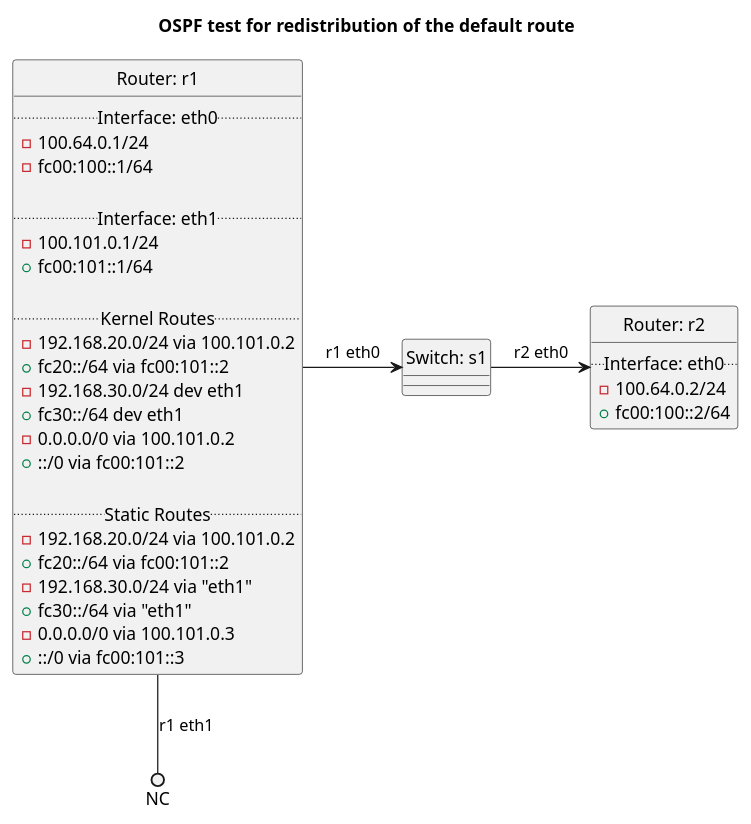
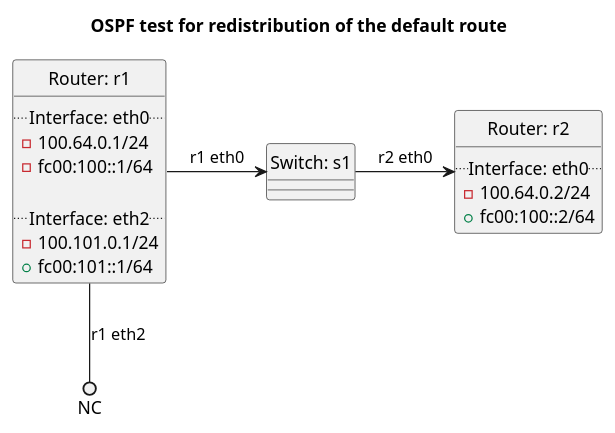
One commit to oscdev-io/birdplan changed the diagram in tests/t30_ospf/t60_redistribute_default/README.md. Above: the diagram before and after it, drawn with PlantUML. The commit also changed other lines of this file and 43 other files, not shown here.

````diff
--- a/tests/t30_ospf/t60_redistribute_default/README.md
+++ b/tests/t30_ospf/t60_redistribute_default/README.md
@@ -48,48 +48,32 @@
 ```plantuml
 @startuml
 hide circle
 title OSPF test for redistribution of the default route
 
 
 class "Router: r1" {
   .. Interface: eth0 ..
 - 100.64.0.1/24
 - fc00:100::1/64
 
-  .. Interface: eth1 ..
+  .. Interface: eth2 ..
 - 100.101.0.1/24
 + fc00:101::1/64
-
-  .. Kernel Routes ..
-- 192.168.20.0/24 via 100.101.0.2
-+ fc20::/64 via fc00:101::2
-- 192.168.30.0/24 dev eth1
-+ fc30::/64 dev eth1
-- 0.0.0.0/0 via 100.101.0.2
-+ ::/0 via fc00:101::2
-
-  .. Static Routes ..
-- 192.168.20.0/24 via 100.101.0.2
-+ fc20::/64 via fc00:101::2
-- 192.168.30.0/24 via "eth1"
-+ fc30::/64 via "eth1"
-- 0.0.0.0/0 via 100.101.0.3
-+ ::/0 via fc00:101::3
 }
 
 class "Router: r2" {
   .. Interface: eth0 ..
 - 100.64.0.2/24
 + fc00:100::2/64
 }
 
 
 class "Switch: s1" {}
 
 
 "Router: r1" -> "Switch: s1": r1 eth0
 "Switch: s1" -> "Router: r2": r2 eth0
-"Router: r1" --() NC: r1 eth1
+"Router: r1" --() NC: r1 eth2
 
 @enduml
 ```
````
